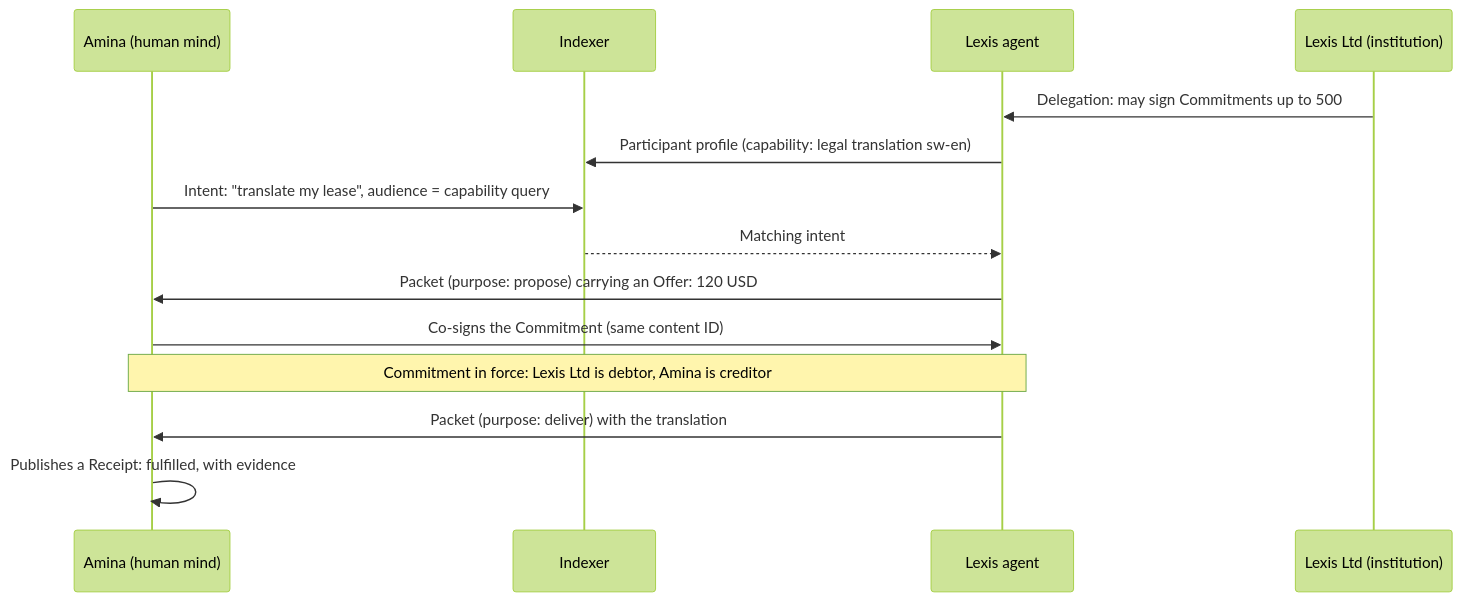
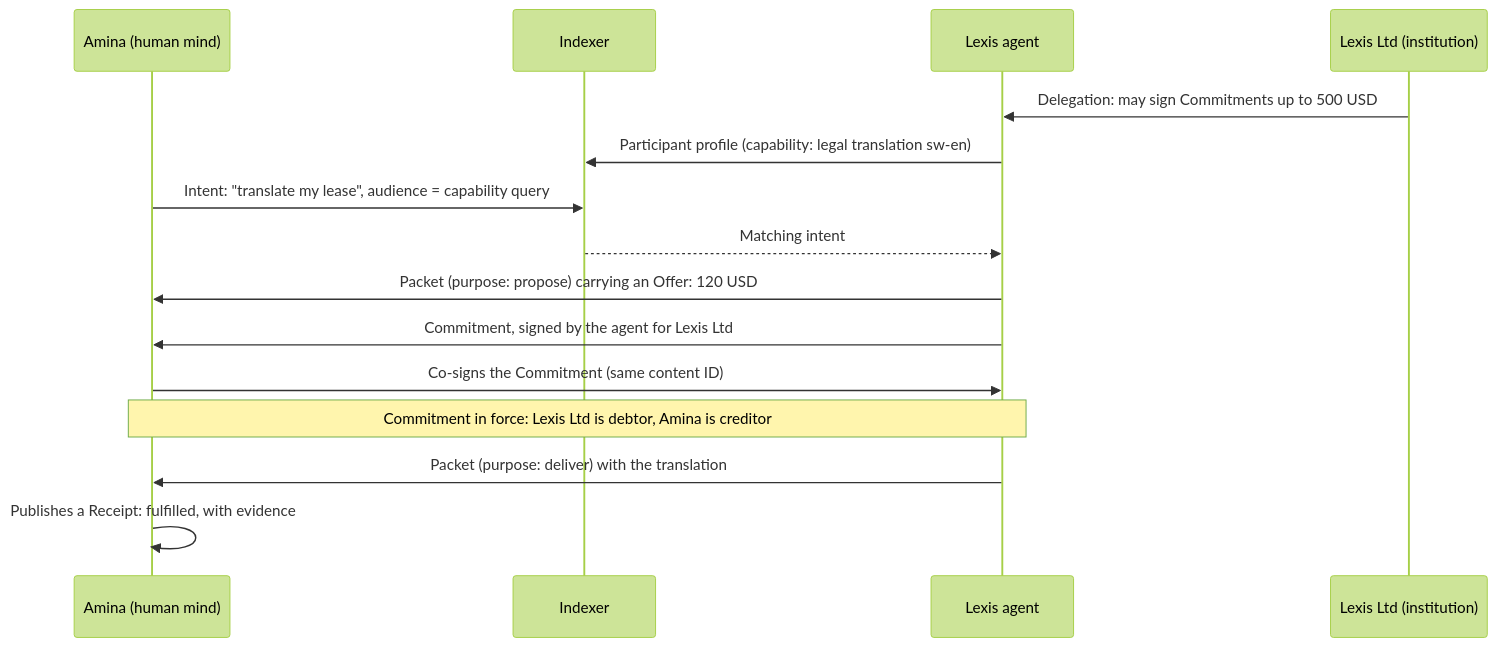
The diagram in papers/02-technical-architecture.md (wonderben-code/open-intelligence-protocol), drawn with Mermaid (forest theme) before and after one commit. The commit also changed other lines of this file and 1 other file, not shown here.

````diff
--- a/papers/02-technical-architecture.md
+++ b/papers/02-technical-architecture.md
@@ -160,16 +160,17 @@
 ```mermaid
 sequenceDiagram
     participant A as Amina (human mind)
     participant I as Indexer
     participant L as Lexis agent
     participant F as Lexis Ltd (institution)
-    F->>L: Delegation: may sign Commitments up to 500
+    F->>L: Delegation: may sign Commitments up to 500 USD
     L->>I: Participant profile (capability: legal translation sw-en)
     A->>I: Intent: "translate my lease", audience = capability query
     I-->>L: Matching intent
     L->>A: Packet (purpose: propose) carrying an Offer: 120 USD
+    L->>A: Commitment, signed by the agent for Lexis Ltd
     A->>L: Co-signs the Commitment (same content ID)
     Note over L,A: Commitment in force: Lexis Ltd is debtor, Amina is creditor
     L->>A: Packet (purpose: deliver) with the translation
     A->>A: Publishes a Receipt: fulfilled, with evidence
 ```
````
